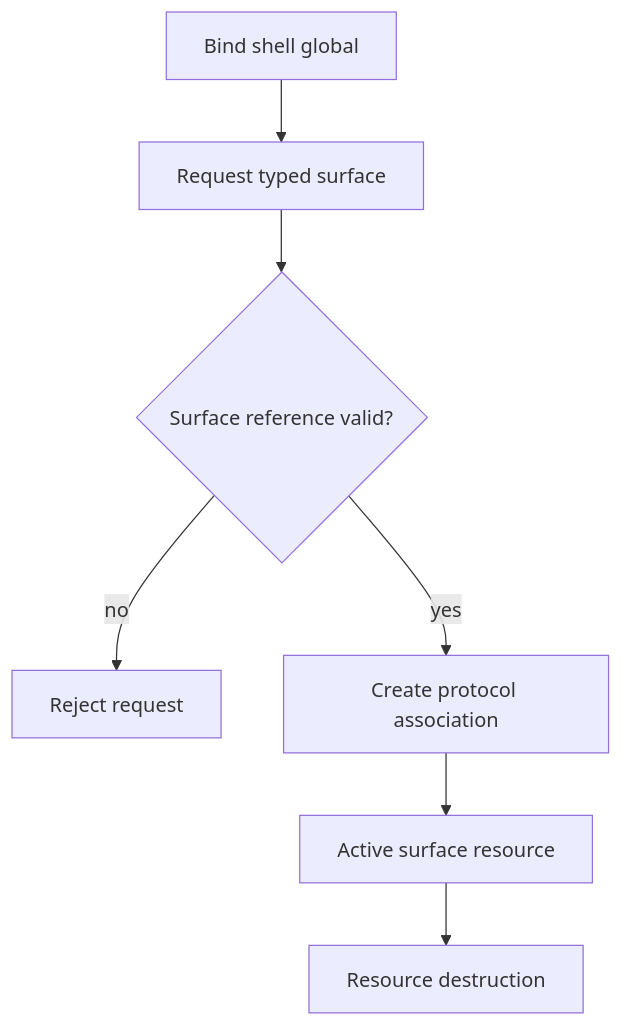
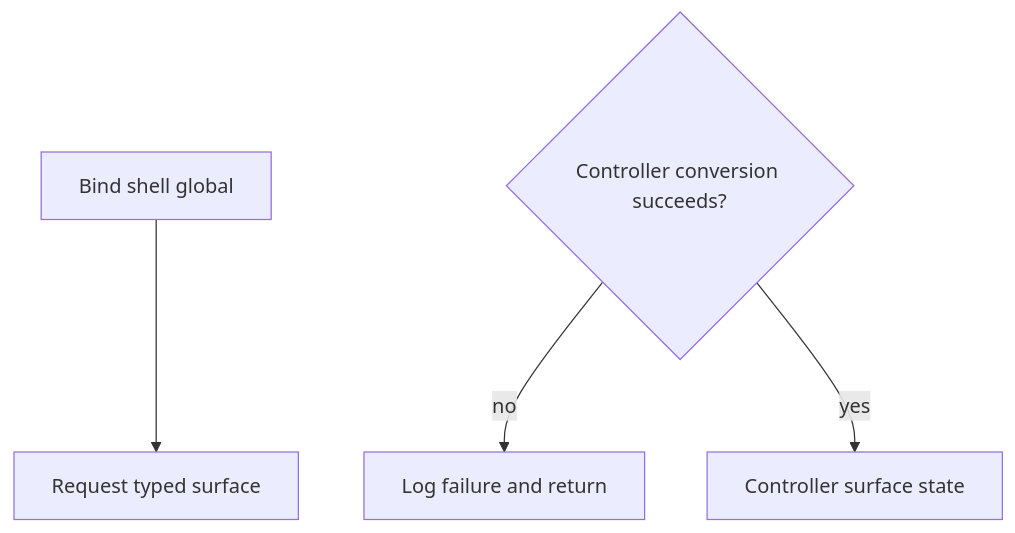
Before and after one commit to rdkcentral/rdk-window-manager: the fourth of 4 diagrams in docs/firebolt-shell/firebolt-shell.md, drawn with Mermaid.

Commit message:
Potential fix for pull request finding 'Invalid requests do not produce protocol errors'

````diff
--- a/docs/firebolt-shell/firebolt-shell.md
+++ b/docs/firebolt-shell/firebolt-shell.md
@@ -92,9 +92,7 @@
 ```mermaid
 flowchart TD
     Bind[Bind shell global] --> Request[Request typed surface]
-    Request --> Check{Surface reference valid?}
-    Check -->|no| Reject[Reject request]
-    Check -->|yes| Create[Create protocol association]
-    Create --> Active[Active surface resource]
-    Active --> Destroy[Resource destruction]
+    Check{Controller conversion succeeds?}
+    Check -->|no| Failure[Log failure and return]
+    Check -->|yes| Active[Controller surface state]
 ```
````
